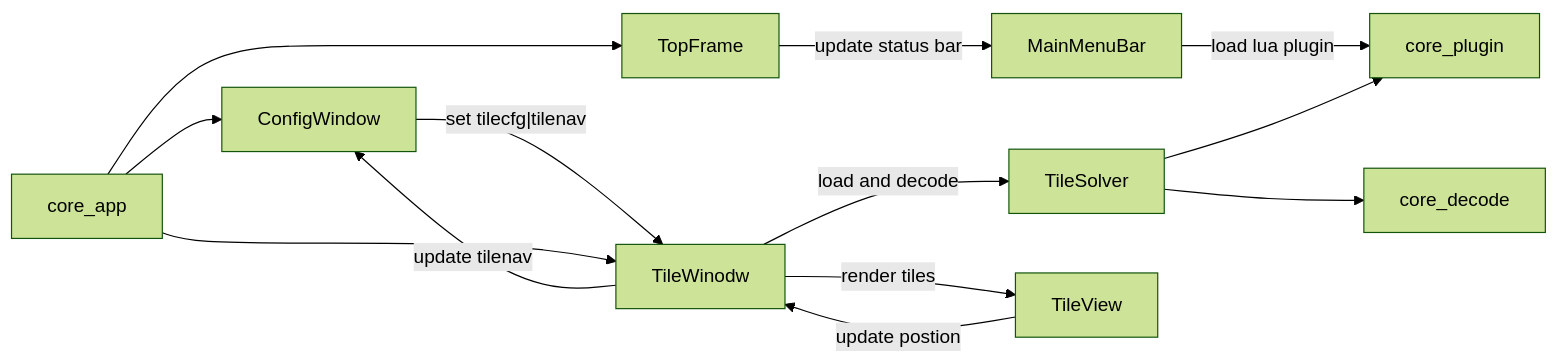
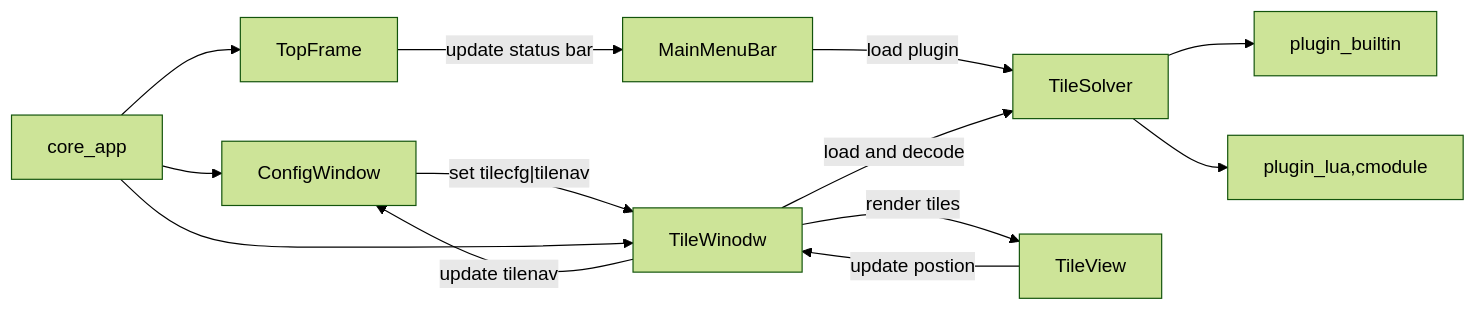
One commit to YuriSizuku/TileViewer changed the diagram in Readme.md. Above: the diagram before and after it, drawn with Mermaid. The commit also changed other lines of this file and 7 other files, not shown here.

````diff
--- a/Readme.md
+++ b/Readme.md
@@ -72,23 +72,23 @@
 ``` mermaid
 %%{init: {'theme':'forest'}}%%
 graph LR;
 m1[core_app]
 m2[TileSolver]
-c1[core_plugin]
-c2[core_decode]
+c1[plugin_builtin]
+c2[plugin_lua,cmodule]
 u1[TopFrame]
 u2[MainMenuBar]
 u3[ConfigWindow]
 u4[TileWinodw]
 u5[TileView]
 
-m1 --> u1 -- update status bar --> u2 -- load lua plugin--> c1
+m1 --> u1 -- update status bar --> u2 -- load plugin--> m2
 m1 --> u3 -- set tilecfg|tilenav --> u4
 m1 --> u4 -- update tilenav --> u3
 u4 -- render tiles --> u5
 u5 -- update postion --> u4
 u4 -- load and decode--> m2
 m2 --> c1
 m2 --> c2
 
 ```
````
